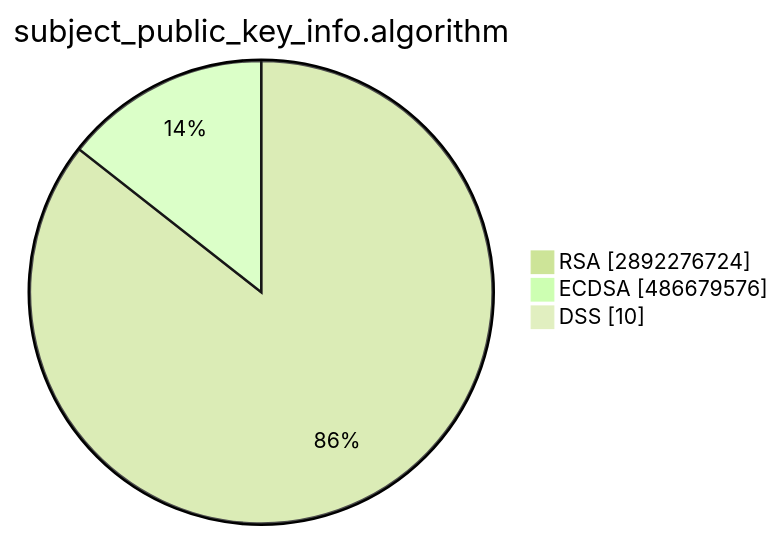
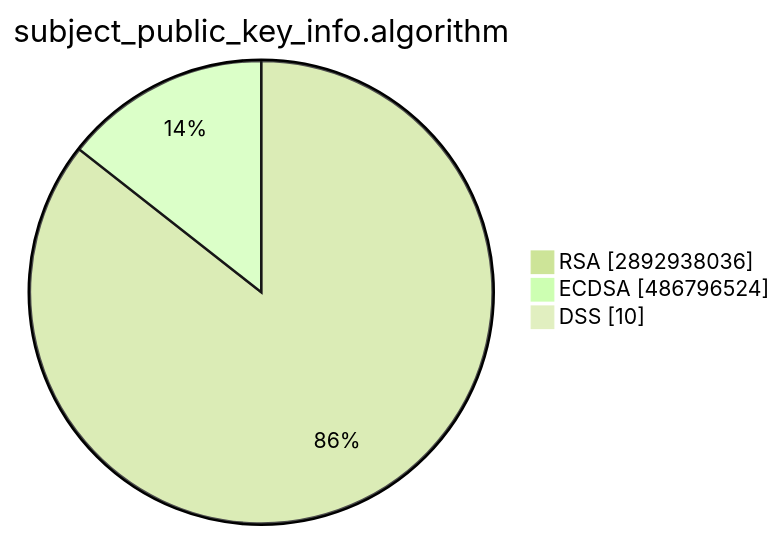
The second of 15 diagrams in TOTAL/README.md (christiankrug/ctmonitor_visualization), drawn with Mermaid (forest theme) before and after one commit. The commit also changed other lines of this file, not shown here.

````diff
--- a/TOTAL/README.md
+++ b/TOTAL/README.md
@@ -6,7 +6,7 @@
 ```mermaid
 pie showData
 title subject_public_key_info.algorithm
-"RSA" :2892276724
-"ECDSA" :486679576
+"RSA" :2892938036
+"ECDSA" :486796524
 "DSS" :10
 ```
````
